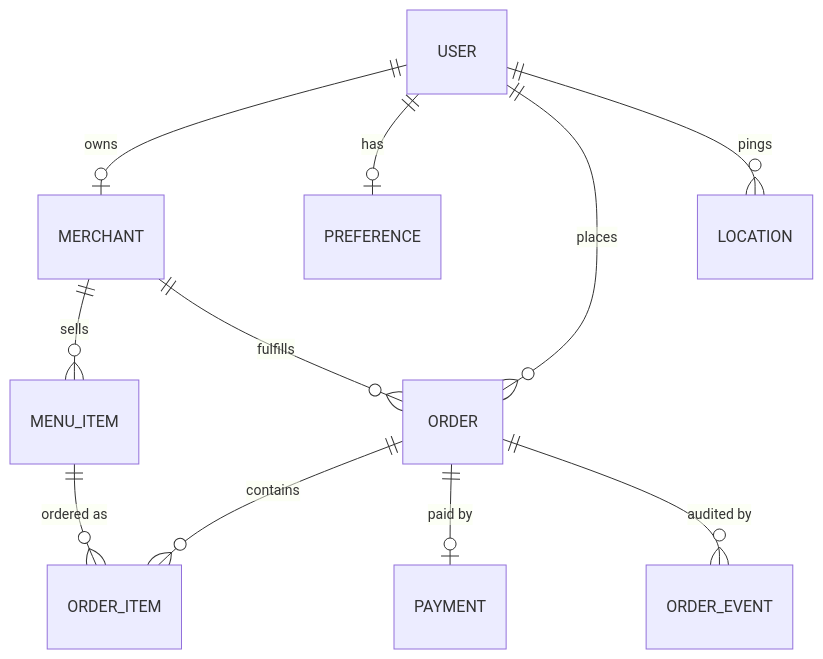
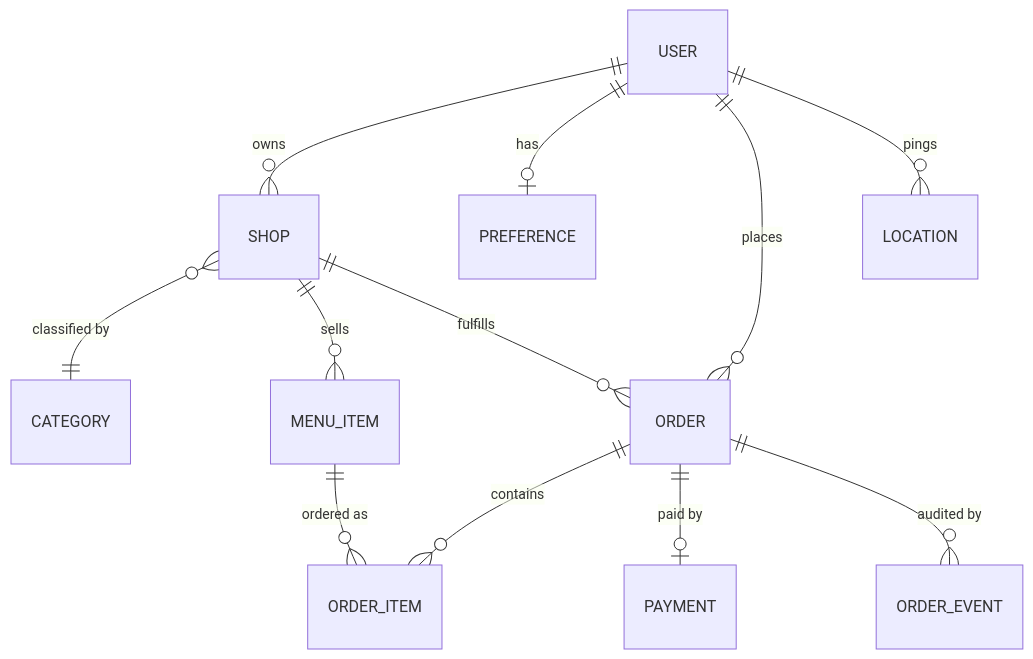
One commit to ManoharEldhandi/OnTheWay changed the third of 10 diagrams in ARCHITECTURE.md. Above: the diagram before and after it, drawn with Mermaid. The commit also changed other lines of this file and 1 other file, not shown here.

First line of the commit message:
docs: re-plan as role-separated product (architecture v2 + new to-do)

````diff
--- a/ARCHITECTURE.md
+++ b/ARCHITECTURE.md
@@ -97,13 +122,14 @@
 ```mermaid
 erDiagram
-    USER ||--o| MERCHANT : owns
+    USER ||--o{ SHOP : owns
     USER ||--o| PREFERENCE : has
     USER ||--o{ ORDER : places
     USER ||--o{ LOCATION : pings
-    MERCHANT ||--o{ MENU_ITEM : sells
-    MERCHANT ||--o{ ORDER : fulfills
+    SHOP }o--|| CATEGORY : "classified by"
+    SHOP ||--o{ MENU_ITEM : sells
+    SHOP ||--o{ ORDER : fulfills
     ORDER ||--o{ ORDER_ITEM : contains
     ORDER ||--o| PAYMENT : "paid by"
     ORDER ||--o{ ORDER_EVENT : "audited by"
     MENU_ITEM ||--o{ ORDER_ITEM : "ordered as"
 ```
````
